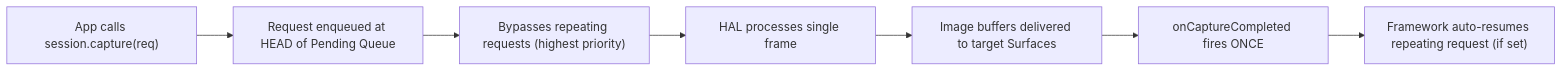
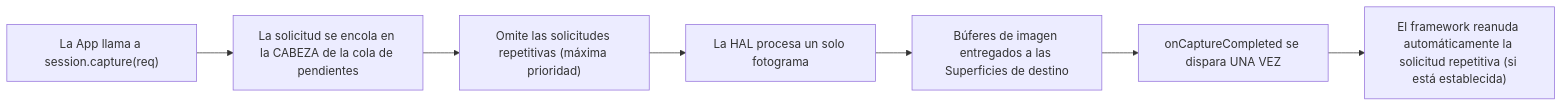
One commit to zoozooll/AndroidCameraParameters changed the second of 6 diagrams in website/i18n/es/docusaurus-plugin-content-docs/current/camera2/capture-types.md. Above: the diagram before and after it, drawn with Mermaid. The commit also changed other lines of this file and 378 other files, not shown here.

````diff
--- a/website/i18n/es/docusaurus-plugin-content-docs/current/camera2/capture-types.md
+++ b/website/i18n/es/docusaurus-plugin-content-docs/current/camera2/capture-types.md
@@ -99,9 +99,9 @@
 ```mermaid
 flowchart LR
-    A["App calls session.capture(req)"] --> B["Request enqueued at HEAD of Pending Queue"]
-    B --> C["Bypasses repeating requests (highest priority)"]
-    C --> D["HAL processes single frame"]
-    D --> E["Image buffers delivered to target Surfaces"]
-    E --> F["onCaptureCompleted fires ONCE"]
-    F --> G["Framework auto-resumes repeating request (if set)"]
+    A["La App llama a session.capture(req)"] --> B["La solicitud se encola en la CABEZA de la cola de pendientes"]
+    B --> C["Omite las solicitudes repetitivas (máxima prioridad)"]
+    C --> D["La HAL procesa un solo fotograma"]
+    D --> E["Búferes de imagen entregados a las Superficies de destino"]
+    E --> F["onCaptureCompleted se dispara UNA VEZ"]
+    F --> G["El framework reanuda automáticamente la solicitud repetitiva (si está establecida)"]
 ```
````
